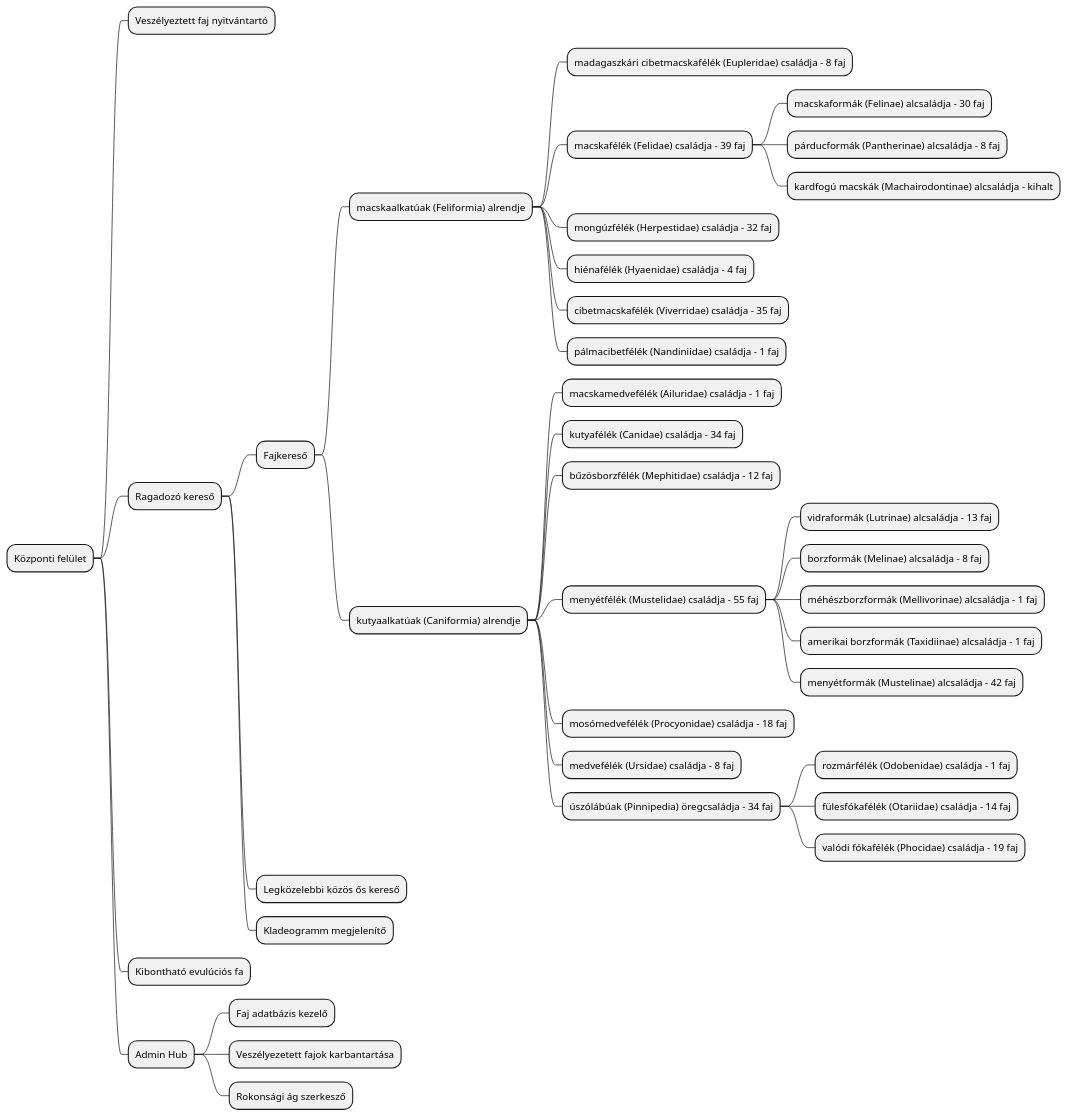
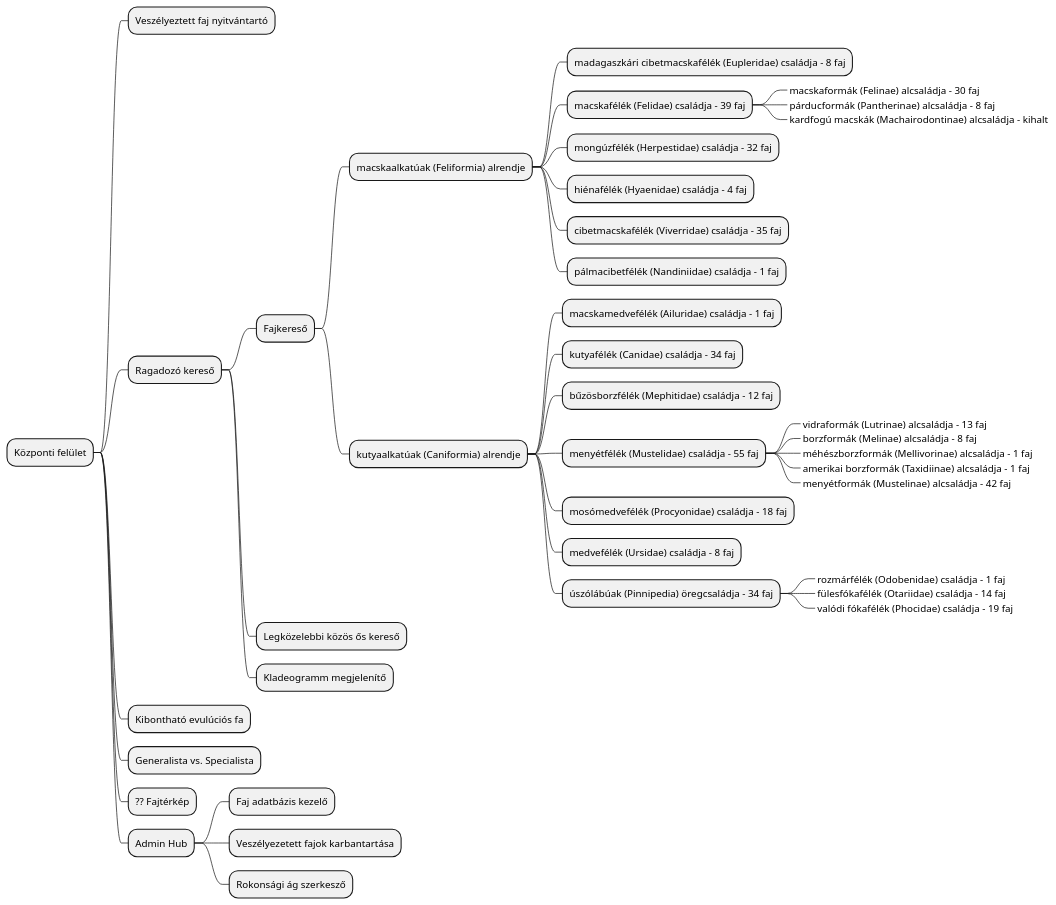
Before and after one commit to mzsolti84/Carnivora: the diagram in src/main/java/hu/progmatic/Main.puml, drawn with PlantUML.

```diff
--- a/src/main/java/hu/progmatic/Main.puml
+++ b/src/main/java/hu/progmatic/Main.puml
@@ -1,39 +1,41 @@
 @startmindmap
 + Központi felület
 ++ Veszélyeztett faj nyitvántartó
 ++ Ragadozó kereső
 +++ Fajkereső
 ++++ macskaalkatúak (Feliformia) alrendje
 +++++ madagaszkári cibetmacskafélék (Eupleridae) családja – 8 faj
 +++++ macskafélék (Felidae) családja – 39 faj
-++++++ macskaformák (Felinae) alcsaládja – 30 faj
-++++++ párducformák (Pantherinae) alcsaládja – 8 faj
-++++++ kardfogú macskák (Machairodontinae) alcsaládja – kihalt
+++++++_ macskaformák (Felinae) alcsaládja – 30 faj
+++++++_ párducformák (Pantherinae) alcsaládja – 8 faj
+++++++_ kardfogú macskák (Machairodontinae) alcsaládja – kihalt
 +++++ mongúzfélék (Herpestidae) családja – 32 faj
 +++++ hiénafélék (Hyaenidae) családja – 4 faj
 +++++ cibetmacskafélék (Viverridae) családja – 35 faj
 +++++ pálmacibetfélék (Nandiniidae) családja – 1 faj
 ++++ kutyaalkatúak (Caniformia) alrendje
 +++++ macskamedvefélék (Ailuridae) családja – 1 faj
 +++++ kutyafélék (Canidae) családja – 34 faj
 +++++ bűzösborzfélék (Mephitidae) családja – 12 faj
 +++++ menyétfélék (Mustelidae) családja – 55 faj
-++++++ vidraformák (Lutrinae) alcsaládja – 13 faj
-++++++ borzformák (Melinae) alcsaládja – 8 faj
-++++++ méhészborzformák (Mellivorinae) alcsaládja – 1 faj
-++++++ amerikai borzformák (Taxidiinae) alcsaládja – 1 faj
-++++++ menyétformák (Mustelinae) alcsaládja – 42 faj
+++++++_ vidraformák (Lutrinae) alcsaládja – 13 faj
+++++++_ borzformák (Melinae) alcsaládja – 8 faj
+++++++_ méhészborzformák (Mellivorinae) alcsaládja – 1 faj
+++++++_ amerikai borzformák (Taxidiinae) alcsaládja – 1 faj
+++++++_ menyétformák (Mustelinae) alcsaládja – 42 faj
 +++++ mosómedvefélék (Procyonidae) családja – 18 faj
 +++++ medvefélék (Ursidae) családja – 8 faj
 +++++ úszólábúak (Pinnipedia) öregcsaládja – 34 faj
-++++++ rozmárfélék (Odobenidae) családja – 1 faj
-++++++ fülesfókafélék (Otariidae) családja – 14 faj
-++++++ valódi fókafélék (Phocidae) családja – 19 faj
+++++++_ rozmárfélék (Odobenidae) családja – 1 faj
+++++++_ fülesfókafélék (Otariidae) családja – 14 faj
+++++++_ valódi fókafélék (Phocidae) családja – 19 faj
 +++ Legközelebbi közös ős kereső
 +++ Kladeogramm megjelenítő
 ++ Kibontható evulúciós fa
+++ Generalista vs. Specialista
+++ ?? Fajtérkép
 ++ Admin Hub
 +++ Faj adatbázis kezelő
 +++ Veszélyezetett fajok karbantartása
 +++ Rokonsági ág szerkesző
 @endmindmap
```
